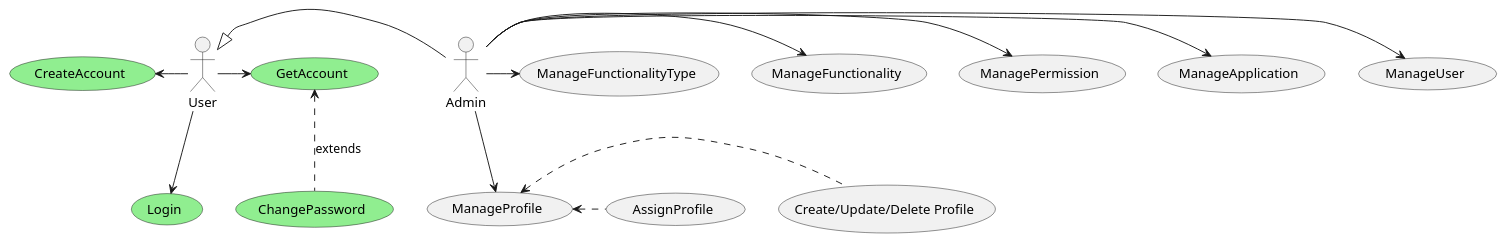
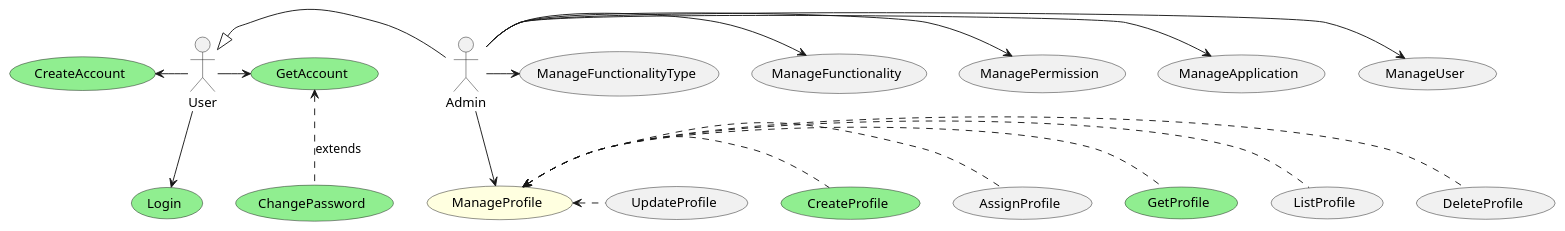
Before and after one commit to zehgreven/nutri-be-ddd-ca: the diagram in documentation/UseCase.iam.puml, drawn with PlantUML. The commit also changed 26 other files, not shown here.

Commit message:
Created CreateProfile and GetProfileById

```diff
--- a/documentation/UseCase.iam.puml
+++ b/documentation/UseCase.iam.puml
@@ -1,28 +1,35 @@
 @startuml Use Case
 
 actor User
 actor Admin
 
 usecase CreateAccount #LightGreen
 usecase Login #LightGreen
 usecase GetAccount #LightGreen
 usecase ChangePassword #LightGreen
+usecase CreateProfile #LightGreen
+usecase GetProfile #LightGreen
+usecase ManageProfile #LightYellow
 
 User <|-r- Admin
 
 User -l-> (CreateAccount) 
 User -r-> (GetAccount)
 (GetAccount) <.d. (ChangePassword) : extends
 User -d-> (Login)
 
 Admin --> (ManageProfile) 
 (ManageProfile) <.r. (AssignProfile) 
-(ManageProfile) <.r. (Create/Update/Delete Profile) 
+(ManageProfile) <.r. (CreateProfile) 
+(ManageProfile) <.r. (UpdateProfile) 
+(ManageProfile) <.r. (DeleteProfile) 
+(ManageProfile) <.r. (ListProfile) 
+(ManageProfile) <.r. (GetProfile) 
 
 Admin -r-> (ManageUser) 
 Admin -r-> (ManageApplication) 
 Admin -r-> (ManagePermission) 
 Admin -r-> (ManageFunctionality) 
 Admin -r-> (ManageFunctionalityType) 
 
 @enduml
```
